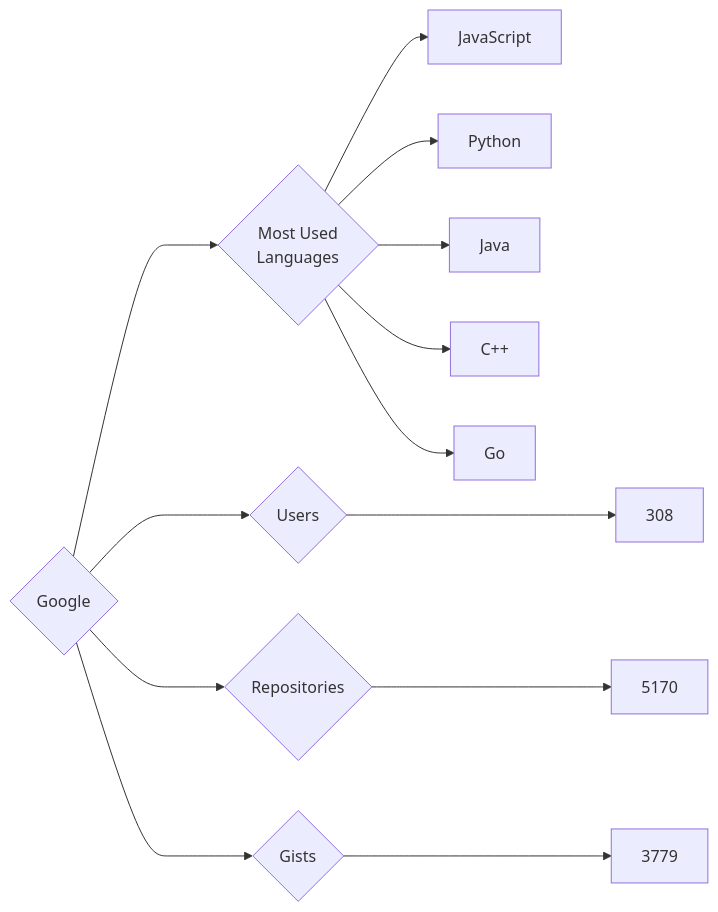
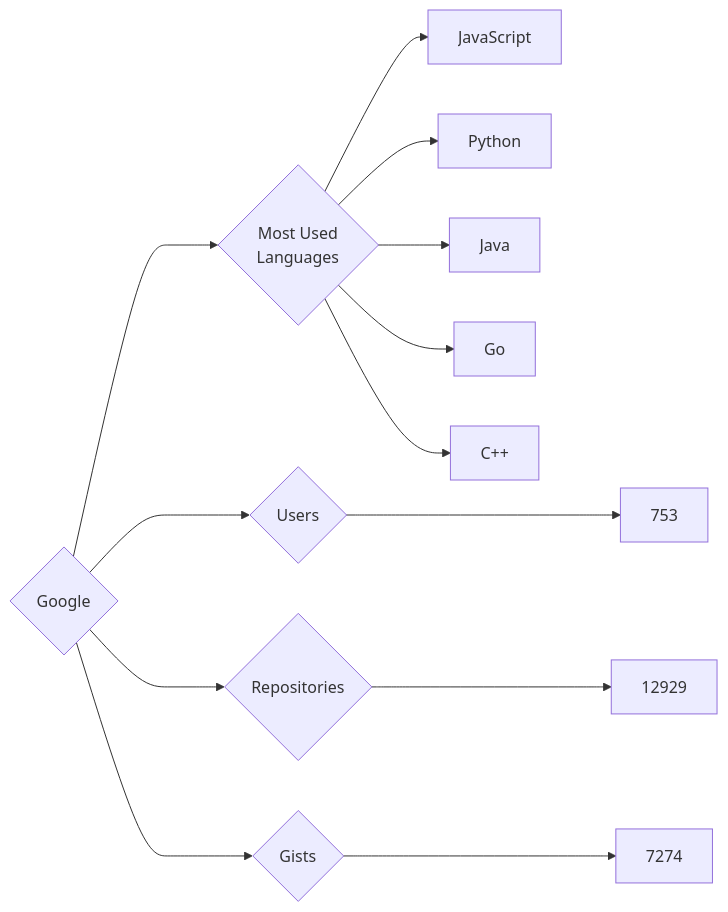
The diagram in targets/Google/README.md (trickest/insiders), drawn with Mermaid before and after one commit. The commit also changed 934 other files, not shown here.

````diff
--- a/targets/Google/README.md
+++ b/targets/Google/README.md
@@ -3,13 +3,13 @@
 ```mermaid
 graph LR
 COMPANY_NAME{Google}
-COMPANY_NAME ---> U{Users} ---> UN[308]
-COMPANY_NAME ---> R{Repositories} ---> RN[5170]
-COMPANY_NAME ---> G{Gists} ---> GN[3779]
+COMPANY_NAME ---> U{Users} ---> UN[753]
+COMPANY_NAME ---> R{Repositories} ---> RN[12929]
+COMPANY_NAME ---> G{Gists} ---> GN[7274]
 COMPANY_NAME ---> ML{Most Used<br>Languages}
 ML --> JavaScript[JavaScript]
 ML --> Python[Python]
 ML --> Java[Java]
+ML --> Go[Go]
 ML --> C++[C++]
-ML --> Go[Go]
 ```
````
